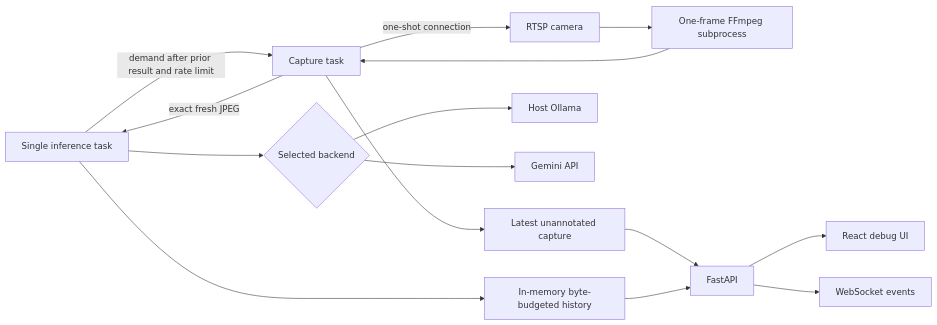
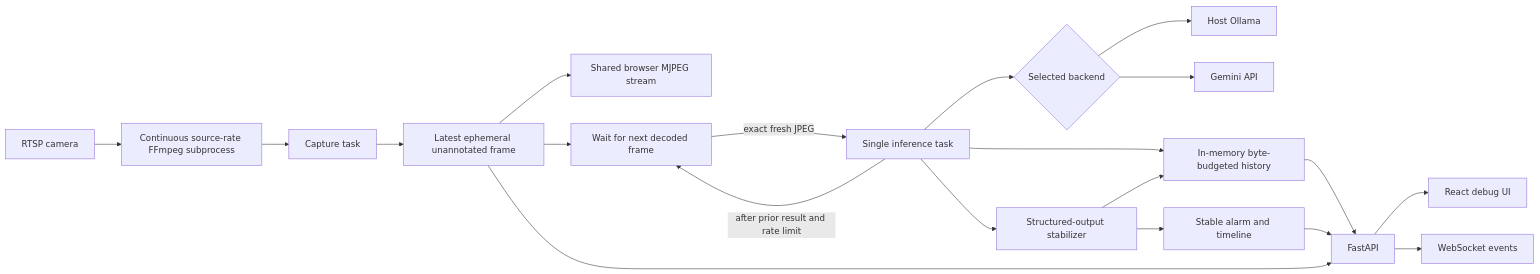
The diagram in docs/ARCHITECTURE.md (Lucky-Couple/BabyMonitorVL), drawn with Mermaid before and after one commit. The commit also changed other lines of this file and 33 other files, not shown here.

````diff
--- a/docs/ARCHITECTURE.md
+++ b/docs/ARCHITECTURE.md
@@ -9,17 +9,22 @@
 ```mermaid
 flowchart LR
-    Inference[Single inference task] -->|demand after prior result and rate limit| Capture[Capture task]
-    Capture -->|one-shot connection| Camera[RTSP camera]
-    Camera --> FFmpeg[One-frame FFmpeg subprocess]
-    FFmpeg --> Capture
-    Capture --> Live[Latest unannotated capture]
-    Capture -->|exact fresh JPEG| Inference
+    Camera[RTSP camera] --> FFmpeg[Continuous source-rate FFmpeg subprocess]
+    FFmpeg --> Capture[Capture task]
+    Capture --> Live[Latest ephemeral unannotated frame]
+    Live --> MJPEG[Shared browser MJPEG stream]
+    Inference[Single inference task] -->|after prior result and rate limit| Fresh[Wait for next decoded frame]
+    Live --> Fresh
+    Fresh -->|exact fresh JPEG| Inference
     Inference --> Provider{Selected backend}
     Provider --> Ollama[Host Ollama]
     Provider --> Gemini[Gemini API]
     Inference --> History[In-memory byte-budgeted history]
+    Inference --> Stable[Structured-output stabilizer]
+    Stable --> History
+    Stable --> Alarm[Stable alarm and timeline]
     Live --> API[FastAPI]
     History --> API
+    Alarm --> API
     API --> UI[React debug UI]
     API --> WS[WebSocket events]
 ```
````
